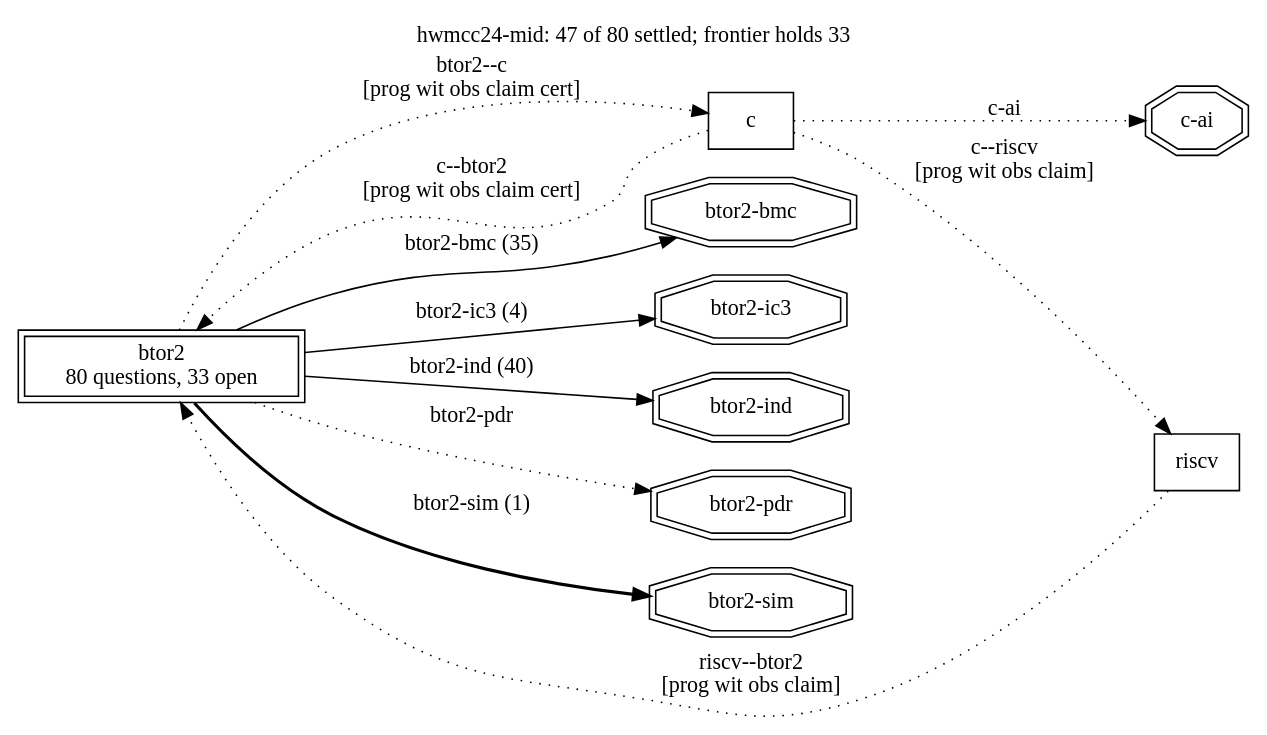
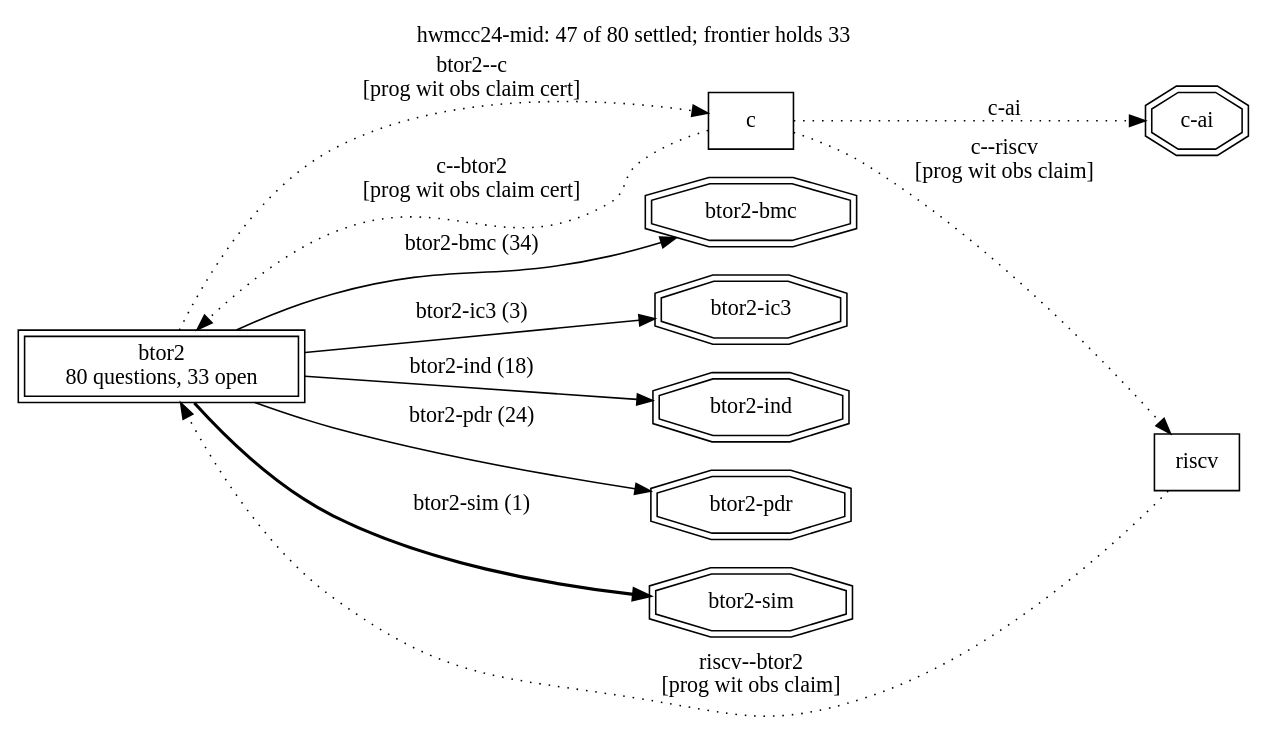
The diagram in runs/hwmcc24-mid/frontier.dot (cksystemsgroup/hurdy-gurdy), drawn with Graphviz before and after one commit. The commit also changed 11 other files, not shown here.

```diff
--- a/runs/hwmcc24-mid/frontier.dot
+++ b/runs/hwmcc24-mid/frontier.dot
@@ -1,24 +1,24 @@
 digraph "hwmcc24-mid" {
   rankdir=LR; labelloc=t;
   label="hwmcc24-mid: 47 of 80 settled; frontier holds 33";
   node [shape=box];
   "btor2" [peripheries=2, label="btor2\n80 questions, 33 open"];
   "c";
   "riscv";
   "btor2" -> "c" [style=dotted, label="btor2--c\n[prog wit obs claim cert]"];
   "c" -> "btor2" [style=dotted, label="c--btor2\n[prog wit obs claim cert]"];
   "c" -> "riscv" [style=dotted, label="c--riscv\n[prog wit obs claim]"];
   "riscv" -> "btor2" [style=dotted, label="riscv--btor2\n[prog wit obs claim]"];
   "search:btor2-bmc" [shape=doubleoctagon, label="btor2-bmc"];
-  "btor2" -> "search:btor2-bmc" [style=solid, label="btor2-bmc (35)"];
+  "btor2" -> "search:btor2-bmc" [style=solid, label="btor2-bmc (34)"];
   "search:btor2-ic3" [shape=doubleoctagon, label="btor2-ic3"];
-  "btor2" -> "search:btor2-ic3" [style=solid, label="btor2-ic3 (4)"];
+  "btor2" -> "search:btor2-ic3" [style=solid, label="btor2-ic3 (3)"];
   "search:btor2-ind" [shape=doubleoctagon, label="btor2-ind"];
-  "btor2" -> "search:btor2-ind" [style=solid, label="btor2-ind (40)"];
+  "btor2" -> "search:btor2-ind" [style=solid, label="btor2-ind (18)"];
   "search:btor2-pdr" [shape=doubleoctagon, label="btor2-pdr"];
-  "btor2" -> "search:btor2-pdr" [style=dotted, label="btor2-pdr"];
+  "btor2" -> "search:btor2-pdr" [style=solid, label="btor2-pdr (24)"];
   "search:btor2-sim" [shape=doubleoctagon, label="btor2-sim"];
   "btor2" -> "search:btor2-sim" [style=bold, label="btor2-sim (1)"];
   "search:c-ai" [shape=doubleoctagon, label="c-ai"];
   "c" -> "search:c-ai" [style=dotted, label="c-ai"];
 }
```
